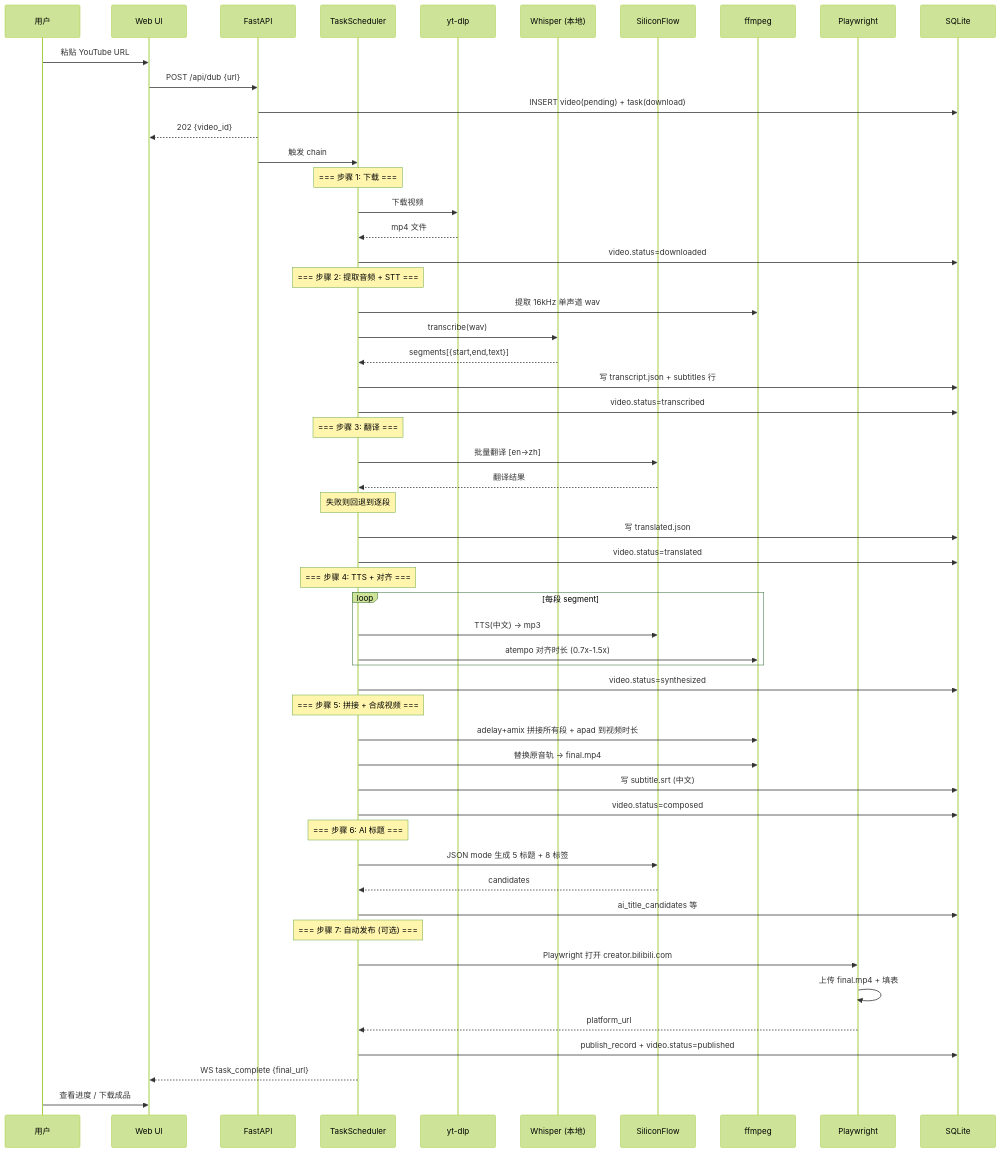
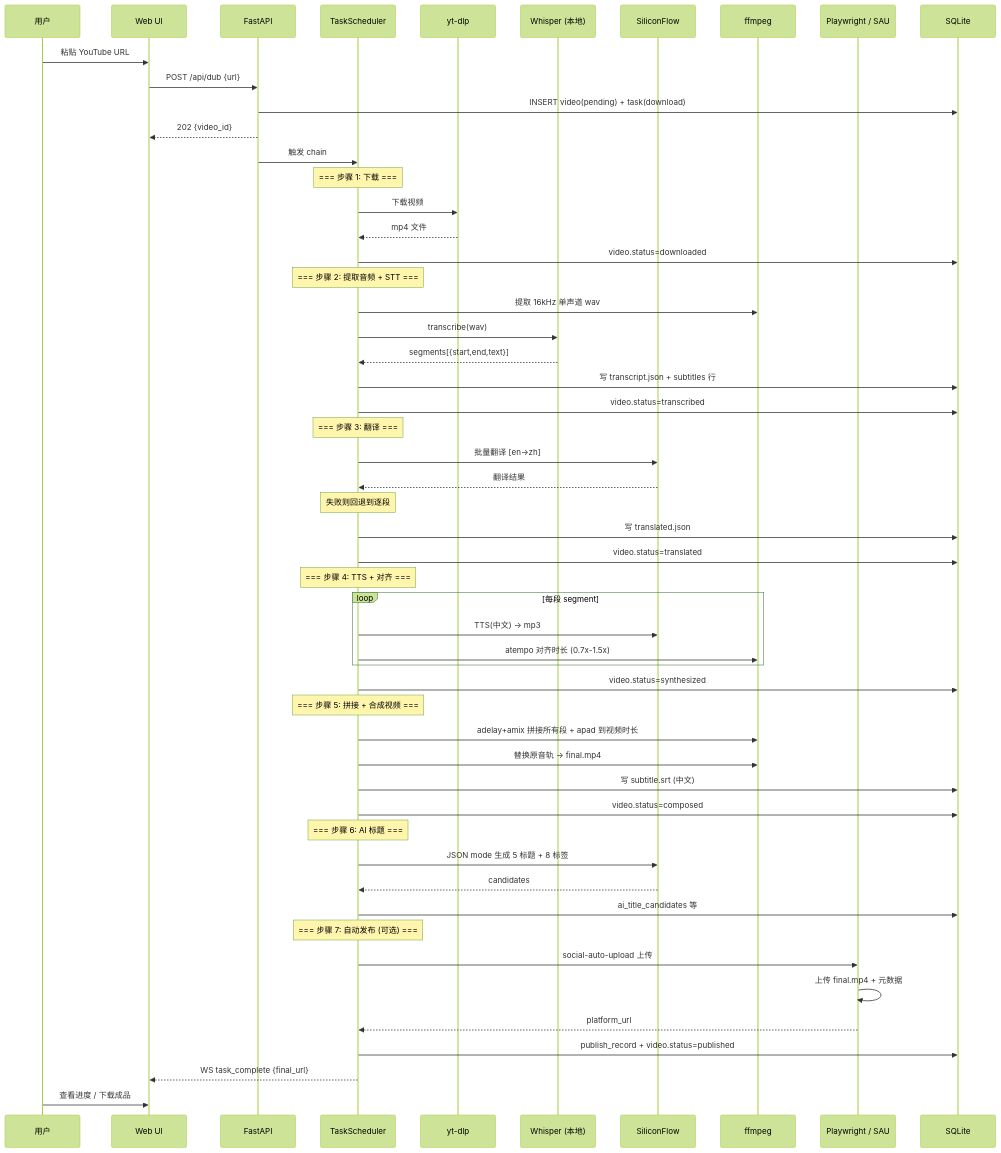
One commit to yaoyue123/VidDub changed the second of 4 diagrams in docs/ARCHITECTURE.md. Above: the diagram before and after it, drawn with Mermaid (forest theme). The commit also changed other lines of this file and 6 other files, not shown here.

````diff
--- a/docs/ARCHITECTURE.md
+++ b/docs/ARCHITECTURE.md
@@ -88,65 +93,65 @@
 ```mermaid
 sequenceDiagram
     participant U as 用户
     participant W as Web UI
     participant API as FastAPI
     participant SCH as TaskScheduler
     participant YT as yt-dlp
     participant WH as Whisper (本地)
     participant SF as SiliconFlow
     participant FF as ffmpeg
-    participant PL as Playwright
+    participant PL as Playwright / SAU
     participant DB as SQLite
 
     U->>W: 粘贴 YouTube URL
     W->>API: POST /api/dub {url}
     API->>DB: INSERT video(pending) + task(download)
     API-->>W: 202 {video_id}
     API->>SCH: 触发 chain
 
     Note over SCH: === 步骤 1: 下载 ===
     SCH->>YT: 下载视频
     YT-->>SCH: mp4 文件
     SCH->>DB: video.status=downloaded
 
     Note over SCH: === 步骤 2: 提取音频 + STT ===
     SCH->>FF: 提取 16kHz 单声道 wav
     SCH->>WH: transcribe(wav)
     WH-->>SCH: segments[{start,end,text}]
     SCH->>DB: 写 transcript.json + subtitles 行
     SCH->>DB: video.status=transcribed
 
     Note over SCH: === 步骤 3: 翻译 ===
     SCH->>SF: 批量翻译 [en→zh]
     SF-->>SCH: 翻译结果
     Note over SCH: 失败则回退到逐段
     SCH->>DB: 写 translated.json
     SCH->>DB: video.status=translated
 
     Note over SCH: === 步骤 4: TTS + 对齐 ===
     loop 每段 segment
         SCH->>SF: TTS(中文) → mp3
         SCH->>FF: atempo 对齐时长 (0.7x-1.5x)
     end
     SCH->>DB: video.status=synthesized
 
     Note over SCH: === 步骤 5: 拼接 + 合成视频 ===
     SCH->>FF: adelay+amix 拼接所有段 + apad 到视频时长
     SCH->>FF: 替换原音轨 → final.mp4
     SCH->>DB: 写 subtitle.srt (中文)
     SCH->>DB: video.status=composed
 
     Note over SCH: === 步骤 6: AI 标题 ===
     SCH->>SF: JSON mode 生成 5 标题 + 8 标签
     SF-->>SCH: candidates
     SCH->>DB: ai_title_candidates 等
 
     Note over SCH: === 步骤 7: 自动发布 (可选) ===
-    SCH->>PL: Playwright 打开 creator.bilibili.com
-    PL->>PL: 上传 final.mp4 + 填表
+    SCH->>PL: social-auto-upload 上传
+    PL->>PL: 上传 final.mp4 + 元数据
     PL-->>SCH: platform_url
     SCH->>DB: publish_record + video.status=published
 
     SCH-->>W: WS task_complete {final_url}
     U->>W: 查看进度 / 下载成品
 ```
````
